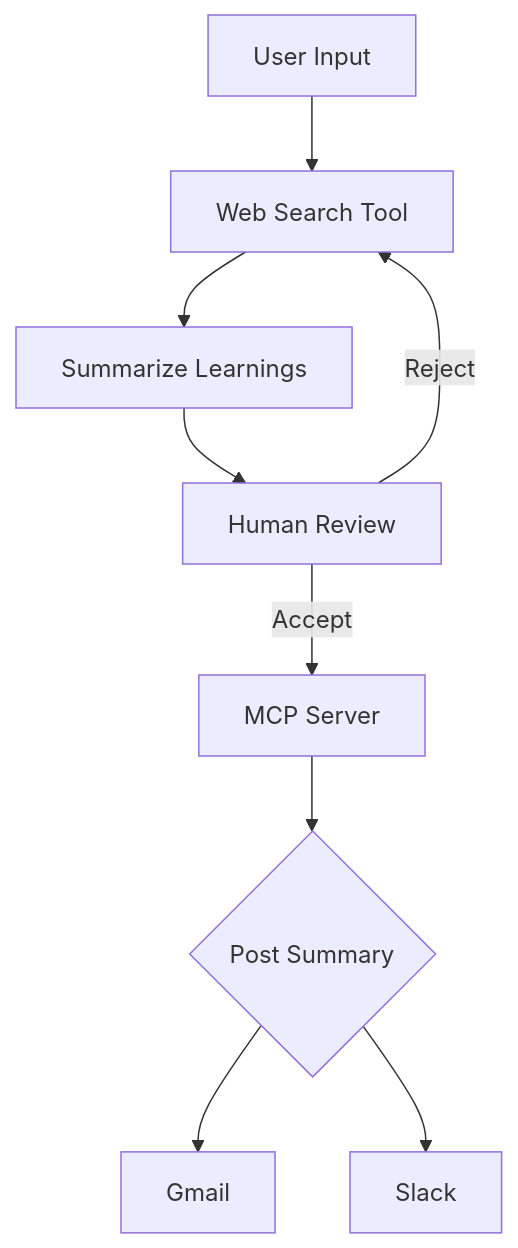
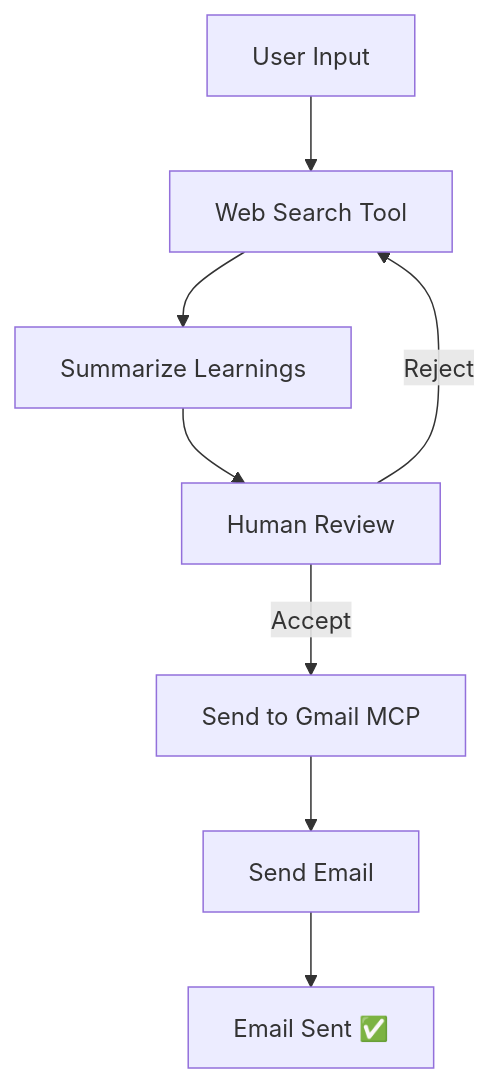
One commit to prsrepo/easy-ai-summary-agent changed the diagram in README.md. Above: the diagram before and after it, drawn with Mermaid. The commit also changed other lines of this file and 7 other files, not shown here.

````diff
--- a/README.md
+++ b/README.md
@@ -1,13 +3,12 @@
 ```mermaid
 flowchart TD
     A[User Input] --> B[Web Search Tool]
     B --> C[Summarize Learnings]
     C --> D[Human Review]
-    
+
     D -->|Reject| B
-    D -->|Accept| E[MCP Server]
-    
-    E --> F{Post Summary}
-    F --> G[Gmail]
-    F --> H[Slack]
+    D -->|Accept| E[Send to Gmail MCP]
+
+    E --> F[Send Email]
+    F --> G[Email Sent ✅]
 ```
````
